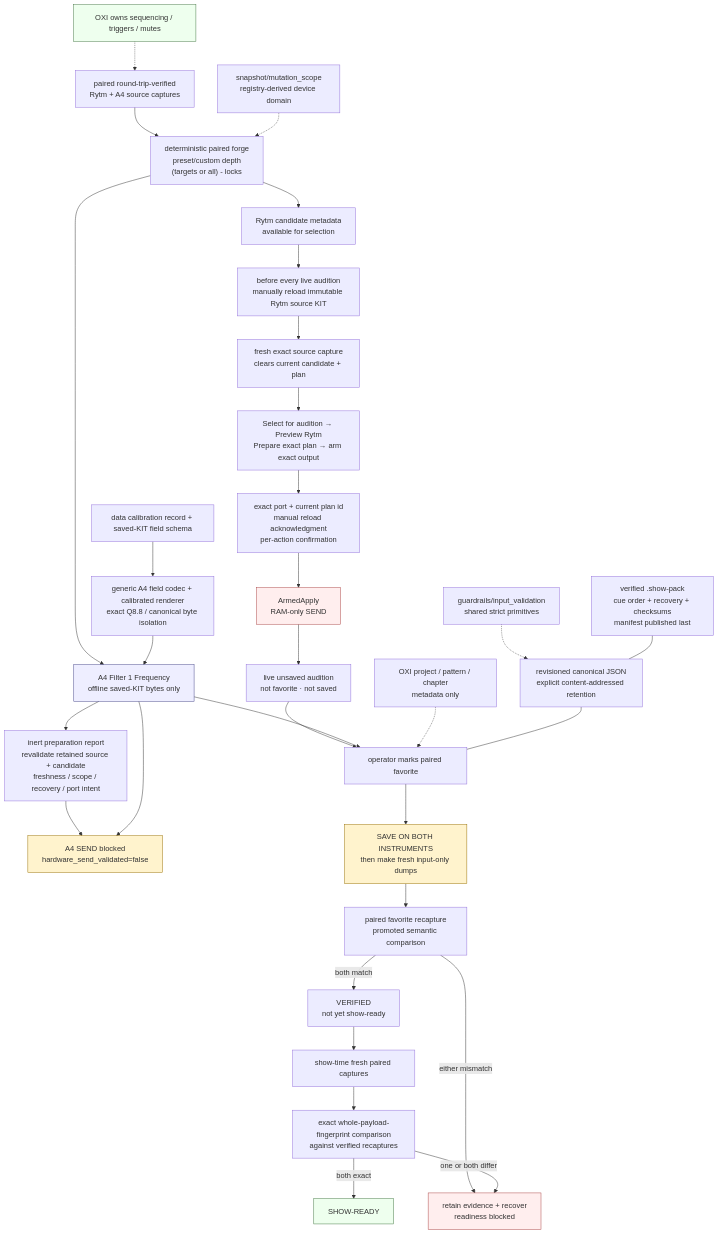
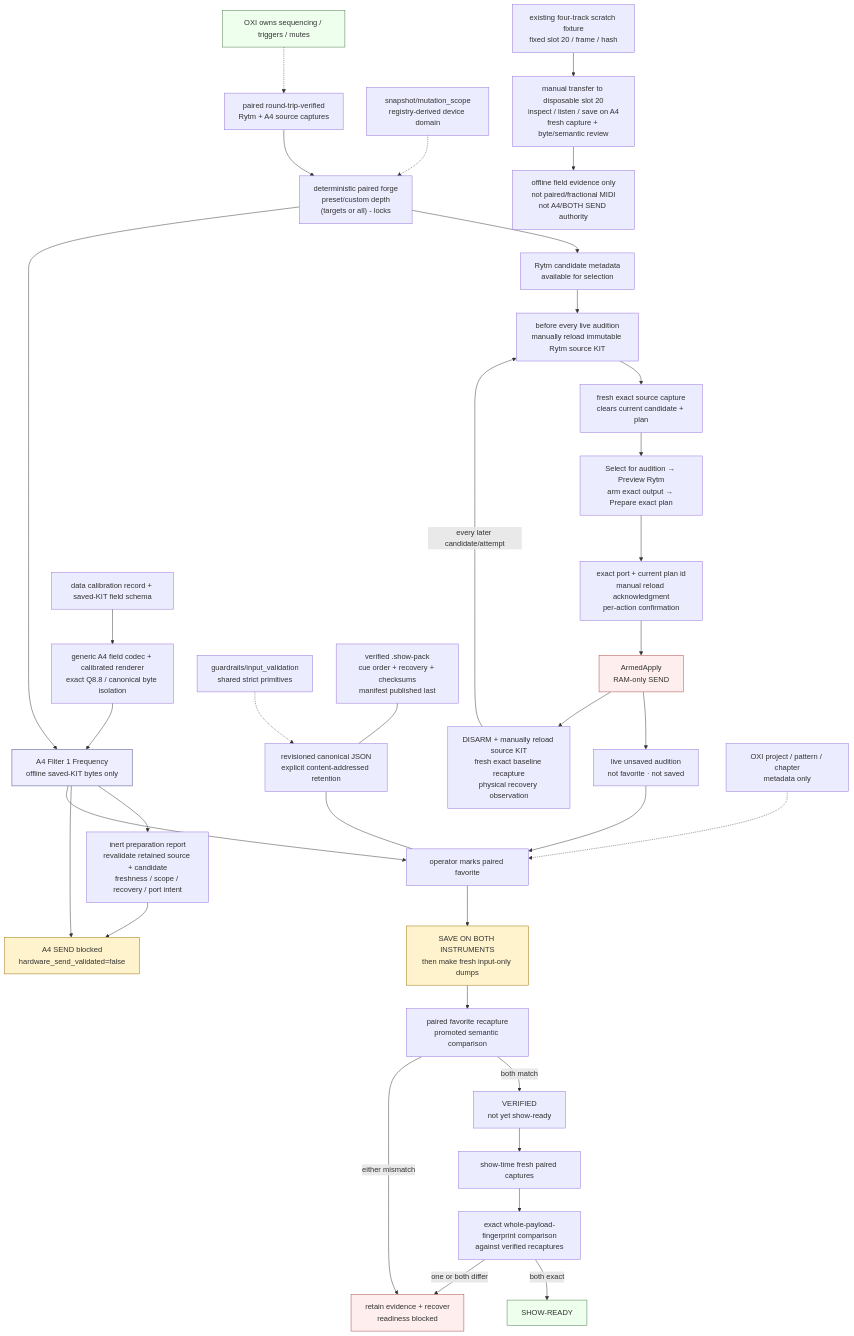
Diagram 36 of 37 in docs/ARCHITECTURE_DIAGRAMS.md (buzzijose-hub/RytmRandomizer), drawn with Mermaid before and after one commit. The commit also changed other lines of this file and 47 other files, not shown here.

````diff
--- a/docs/ARCHITECTURE_DIAGRAMS.md
+++ b/docs/ARCHITECTURE_DIAGRAMS.md
@@ -3197,46 +3231,50 @@
 ```mermaid
 flowchart TD
     Pair["paired round-trip-verified<br/>Rytm + A4 source captures"] --> Forge["deterministic paired forge<br/>preset/custom depth<br/>(targets or all) - locks"]
 
     Forge --> RytmCandidate["Rytm candidate metadata<br/>available for selection"]
     RytmCandidate --> SourceReload["before every live audition<br/>manually reload immutable Rytm source KIT"]
     SourceReload --> SourceCapture["fresh exact source capture<br/>clears current candidate + plan"]
-    SourceCapture --> Reselect["Select for audition → Preview Rytm<br/>Prepare exact plan → arm exact output"]
+    SourceCapture --> Reselect["Select for audition → Preview Rytm<br/>arm exact output → Prepare exact plan"]
     Reselect --> ExactConfirm["exact port + current plan id<br/>manual reload acknowledgment<br/>per-action confirmation"]
     ExactConfirm --> ArmedApply["ArmedApply<br/>RAM-only SEND"]
     ArmedApply --> LiveUnsaved["live unsaved audition<br/>not favorite · not saved"]
+    ArmedApply --> ManualRestore["DISARM + manually reload source KIT<br/>fresh exact baseline recapture<br/>physical recovery observation"]
+    ManualRestore -->|"every later candidate/attempt"| SourceReload
 
     Forge --> A4Candidate["A4 Filter 1 Frequency<br/>offline saved-KIT bytes only"]
     Calibration["data calibration record + saved-KIT field schema"] --> FieldCodec["generic A4 field codec + calibrated renderer<br/>exact Q8.8 / canonical byte isolation"]
     FieldCodec --> A4Candidate
     Validation["guardrails/input_validation<br/>shared strict primitives"] -.-> Store
     Domains["snapshot/mutation_scope<br/>registry-derived device domain"] -.-> Forge
     A4Candidate --> A4Preparation["inert preparation report<br/>revalidate retained source + candidate<br/>freshness / scope / recovery / port intent"]
     A4Preparation --> NoA4Send
     A4Candidate --> NoA4Send["A4 SEND blocked<br/>hardware_send_validated=false"]
+    ExistingScratch["existing four-track scratch fixture<br/>fixed slot 20 / frame / hash"] --> ScratchReturn["manual transfer to disposable slot 20<br/>inspect / listen / save on A4<br/>fresh capture + byte/semantic review"]
+    ScratchReturn --> OfflineEvidence["offline field evidence only<br/>not paired/fractional MIDI<br/>not A4/BOTH SEND authority"]
 
     LiveUnsaved --> Favorite["operator marks paired favorite"]
     A4Candidate --> Favorite
     Favorite --> ManualSave["SAVE ON BOTH INSTRUMENTS<br/>then make fresh input-only dumps"]
     ManualSave --> SemanticVerify["paired favorite recapture<br/>promoted semantic comparison"]
     SemanticVerify -->|"both match"| Verified["VERIFIED<br/>not yet show-ready"]
     SemanticVerify -->|"either mismatch"| Recover["retain evidence + recover<br/>readiness blocked"]
 
     Verified --> FreshCapture["show-time fresh paired captures"]
     FreshCapture --> FullFingerprint["exact whole-payload-fingerprint comparison<br/>against verified recaptures"]
     FullFingerprint -->|"both exact"| ShowReady["SHOW-READY"]
     FullFingerprint -->|"one or both differ"| Recover
 
     Metadata["OXI project / pattern / chapter<br/>metadata only"] -.-> Favorite
     OXI["OXI owns sequencing / triggers / mutes"] -.-> Pair
     Store["revisioned canonical JSON<br/>explicit content-addressed retention"] --- Favorite
     Pack["verified .show-pack<br/>cue order + recovery + checksums<br/>manifest published last"] --- Store
 
     style ArmedApply fill:#fee,stroke:#a44
     style A4Candidate fill:#eef,stroke:#448
     style NoA4Send fill:#fff3cd,stroke:#997000
     style ManualSave fill:#fff3cd,stroke:#997000
     style ShowReady fill:#efe,stroke:#474
     style Recover fill:#fee,stroke:#a44
     style OXI fill:#efe,stroke:#474
 ```
````
